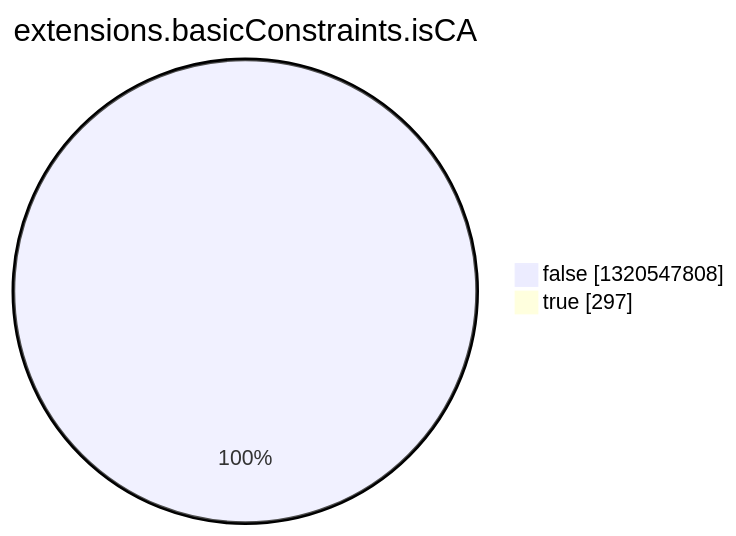
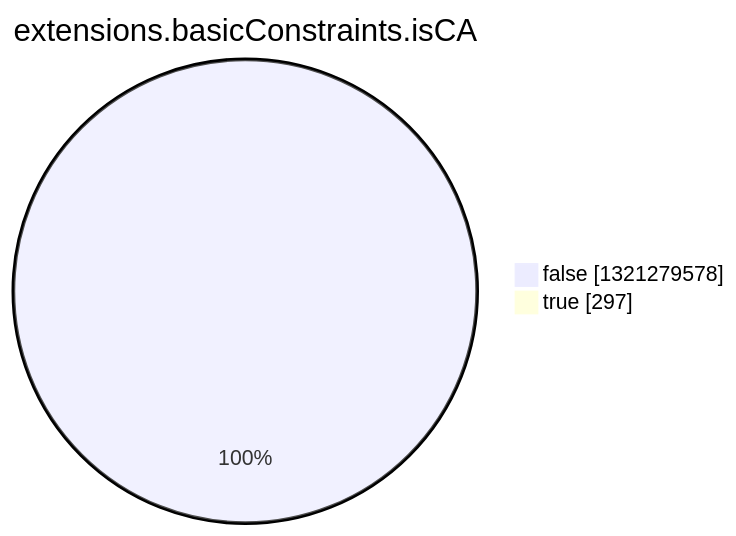
The eighth of 15 diagrams in argon2022/README.md (christiankrug/ctmonitor_visualization), drawn with Mermaid before and after one commit. The commit also changed other lines of this file, not shown here.

````diff
--- a/argon2022/README.md
+++ b/argon2022/README.md
@@ -2758,6 +2758,6 @@
 ```mermaid
 pie showData
 title extensions.basicConstraints.isCA
-"false" :1320547808
+"false" :1321279578
 "true" :297
 ```
````
